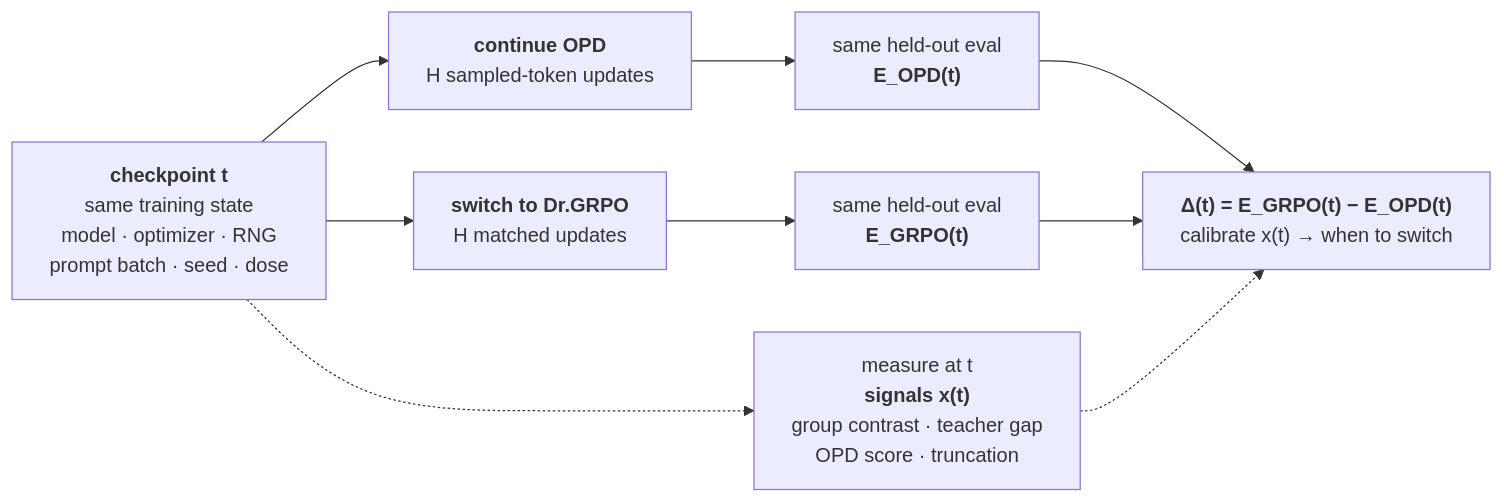
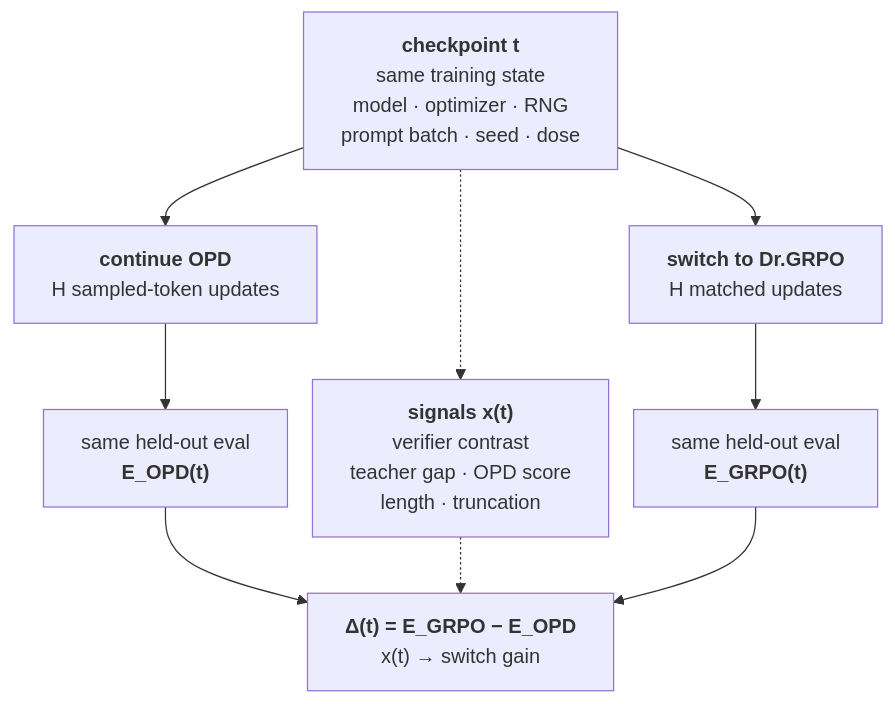
The diagram in README.md (John-Li-A/Mr.When-to-GRPO), drawn with Mermaid before and after one commit.

Commit message:
docs: refine paired intervention diagram

````diff
--- a/README.md
+++ b/README.md
@@ -14,15 +14,16 @@
 ```mermaid
-flowchart LR
+%%{init: {"flowchart": {"nodeSpacing": 20, "rankSpacing": 45}}}%%
+flowchart TB
     CHECK["<b>checkpoint t</b><br/>same training state<br/>model · optimizer · RNG<br/>prompt batch · seed · dose"]
     OPD["<b>continue OPD</b><br/>H sampled-token updates"]
+    SIGNAL["<b>signals x(t)</b><br/>verifier contrast<br/>teacher gap · OPD score<br/>length · truncation"]
     GRPO["<b>switch to Dr.GRPO</b><br/>H matched updates"]
     EOPD["same held-out eval<br/><b>E_OPD(t)</b>"]
     EGRPO["same held-out eval<br/><b>E_GRPO(t)</b>"]
-    DELTA["<b>Δ(t)&nbsp;=&nbsp;E_GRPO(t)&nbsp;−&nbsp;E_OPD(t)</b><br/>calibrate&nbsp;x(t)&nbsp;→&nbsp;when&nbsp;to&nbsp;switch"]
-    SIGNAL["measure at t<br/><b>signals x(t)</b><br/>group&nbsp;contrast&nbsp;·&nbsp;teacher&nbsp;gap<br/>OPD score · truncation"]
+    DELTA["<b>Δ(t) = E_GRPO − E_OPD</b><br/>x(t) → switch gain"]
 
     CHECK --> OPD --> EOPD --> DELTA
-    CHECK --> GRPO --> EGRPO --> DELTA
     CHECK -.-> SIGNAL
     SIGNAL -.-> DELTA
+    CHECK --> GRPO --> EGRPO --> DELTA
 ```
````
